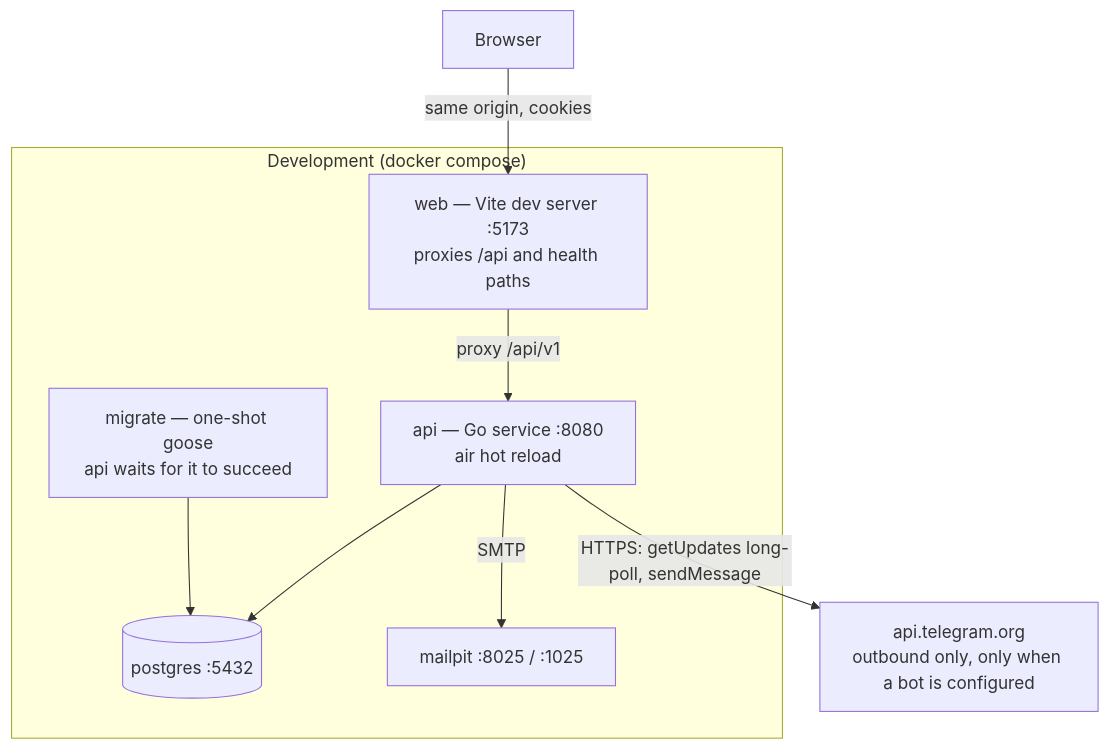
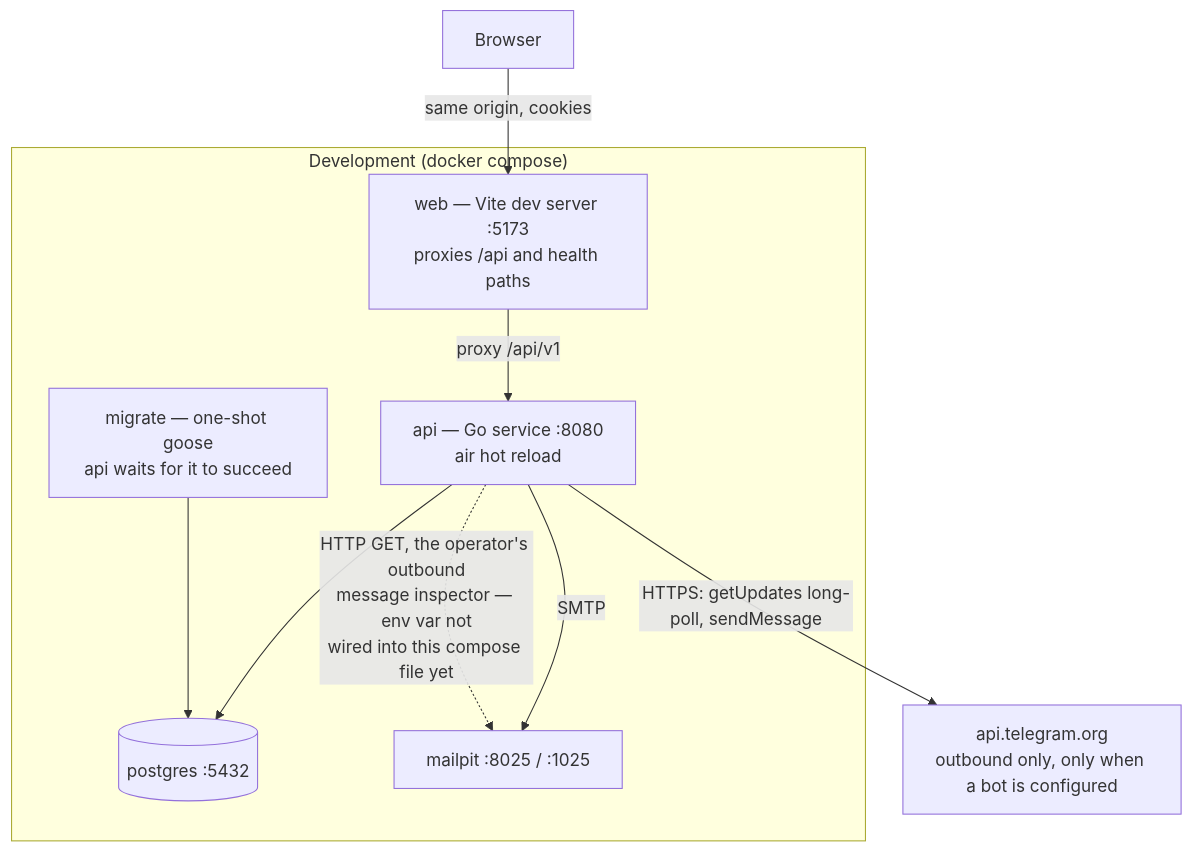
Before and after one commit to oandrz/Household: the first of 19 diagrams in docs/SYSTEM_DESIGN.md, drawn with Mermaid. The commit also changed other lines of this file and 7 other files, not shown here.

````diff
--- a/docs/SYSTEM_DESIGN.md
+++ b/docs/SYSTEM_DESIGN.md
@@ -132,21 +149,22 @@
 ```mermaid
 graph TD
     Browser["Browser"]
 
     subgraph dev["Development (docker compose)"]
         Web["web — Vite dev server :5173<br/>proxies /api and health paths"]
         API["api — Go service :8080<br/>air hot reload"]
         PG[("postgres :5432")]
         Mail["mailpit :8025 / :1025"]
         Migrate["migrate — one-shot goose<br/>api waits for it to succeed"]
     end
 
     TG["api.telegram.org<br/>outbound only, only when a bot is configured"]
 
     Browser -->|"same origin, cookies"| Web
     Web -->|"proxy /api/v1"| API
     API --> PG
     API -->|SMTP| Mail
+    API -.->|"HTTP GET, the operator's outbound<br/>message inspector — env var not<br/>wired into this compose file yet"| Mail
     API -->|"HTTPS: getUpdates long-poll, sendMessage"| TG
     Migrate --> PG
 ```
````
